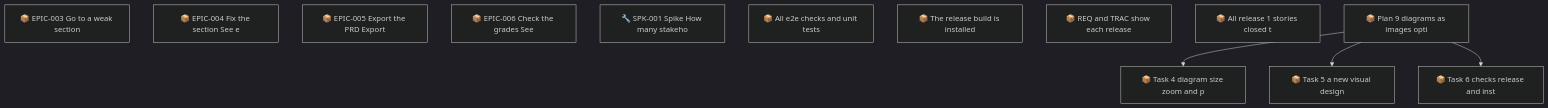
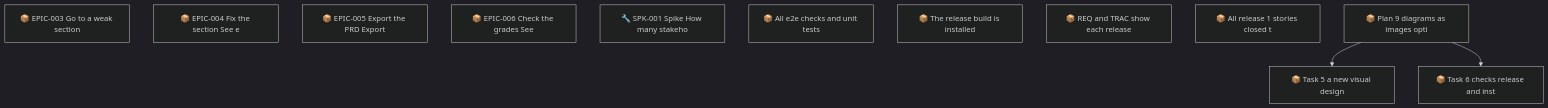
One commit to SpillwaveSolutions/prd-forge-viewer changed the second of 2 diagrams in docs/roadmap.md. Above: the diagram before and after it, drawn with Mermaid (dark theme). The commit also changed other lines of this file and 13 other files, not shown here.

First line of the commit message:
feat: a diagram window with zoom and pan

````diff
--- a/docs/roadmap.md
+++ b/docs/roadmap.md
@@ -101,19 +93,17 @@
 ```mermaid
 graph TD
     01M61XNJQPA0F7H1BG56ERNJ3P["📦 EPIC-003 Go to a weak section"]
     01M61XNK50616FWM0WZ4FGWGEB["📦 EPIC-004 Fix the section See e"]
     01M61XNK9MPMV0RAEKPX0JC3K4["📦 EPIC-005 Export the PRD Export"]
     01M61XNM7GHPSJ1B96BCHA59ZE["📦 EPIC-006 Check the grades See"]
     01M61XNM9NY7F4D4V7400J56X9["🔧 SPK-001 Spike How many stakeho"]
     01M62C7REGCD2R415FMWFCZMV8["📦 All e2e checks and unit tests"]
     01M62C7REGCD2R415FMWFCZMVA["📦 The release build is installed"]
     01M62C7REHN9N2P8Z19K0EPA0F["📦 REQ and TRAC show each release"]
     01M62C7REHN9N2P8Z19K0EPA0H["📦 All release 1 stories closed t"]
     01M6700RY14BFZCYD4FGHJYB7Q["📦 Plan 9 diagrams as images opti"]
-    01M6700RYF3F05QEDN2V10MPTH["📦 Task 4 diagram size zoom and p"]
     01M6700RYF3F05QEDN2V10MPTK["📦 Task 5 a new visual design"]
     01M6700RYF3F05QEDN2V10MPTN["📦 Task 6 checks release and inst"]
-    01M6700RY14BFZCYD4FGHJYB7Q --> 01M6700RYF3F05QEDN2V10MPTH
     01M6700RY14BFZCYD4FGHJYB7Q --> 01M6700RYF3F05QEDN2V10MPTK
     01M6700RY14BFZCYD4FGHJYB7Q --> 01M6700RYF3F05QEDN2V10MPTN
 ```
````
